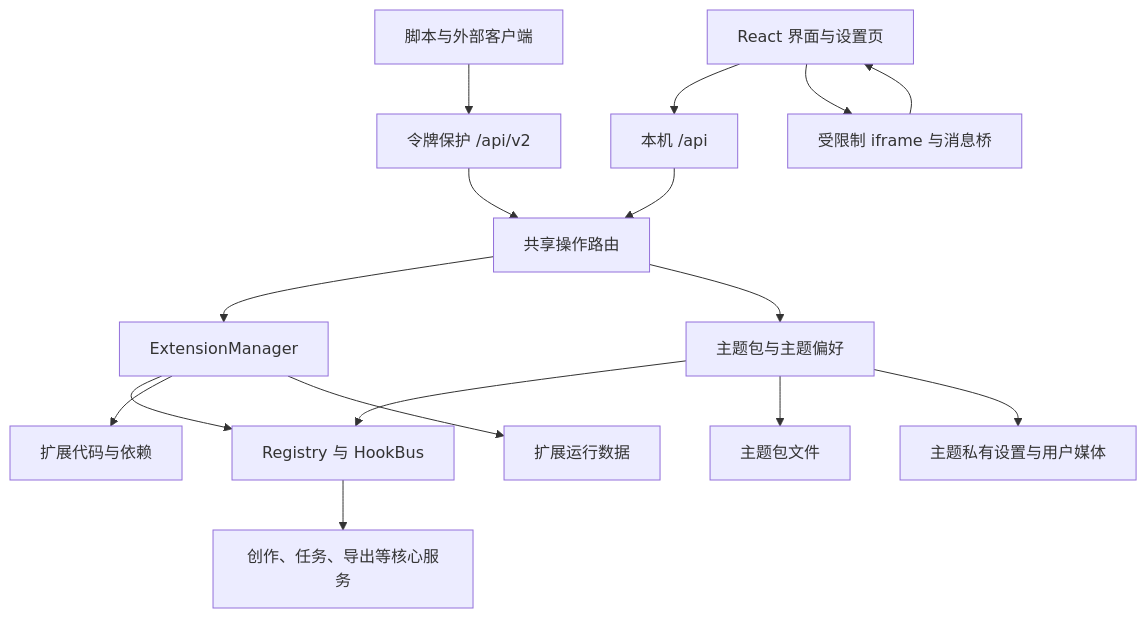
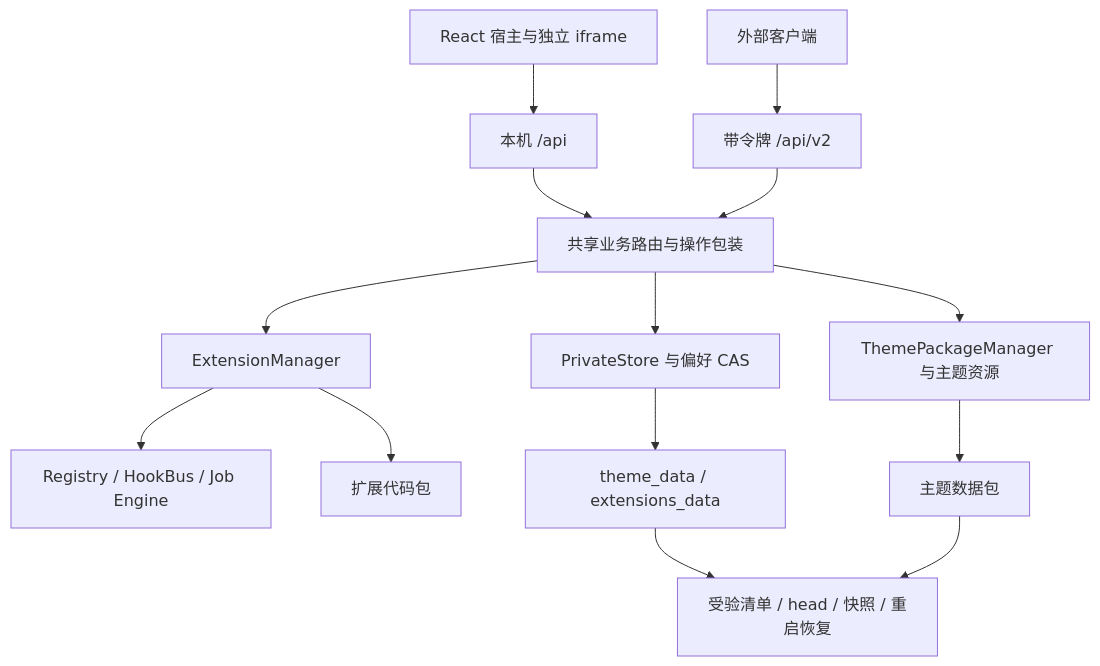
Before and after one commit to lumingya/comfy-comic-studio: the diagram in 架构详解.md, drawn with Mermaid. The commit also changed other lines of this file and 7 other files, not shown here.

Commit message:
docs: refresh platform architecture and remove superseded notes

````diff
--- a/架构详解.md
+++ b/架构详解.md
@@ -216,18 +67,16 @@
 ```mermaid
 flowchart TD
-  UI[React 界面与设置页] --> Local[本机 /api]
-  Client[脚本与外部客户端] --> V2[令牌保护 /api/v2]
-  Local --> Operations[共享操作路由]
-  V2 --> Operations
-  Operations --> EM[ExtensionManager]
-  Operations --> TM[主题包与主题偏好]
-  EM --> Registry[Registry 与 HookBus]
-  TM --> Registry
-  Registry --> Core[创作、任务、导出等核心服务]
-  EM --> Code[扩展代码与依赖]
-  EM --> ExtData[扩展运行数据]
-  TM --> Packages[主题包文件]
-  TM --> UserThemeData[主题私有设置与用户媒体]
-  UI --> Frame[受限制 iframe 与消息桥]
-  Frame --> UI
+  UI[React 宿主与独立 iframe] --> Local[本机 /api]
+  Client[外部客户端] --> V2[带令牌 /api/v2]
+  Local --> Routes[共享业务路由与操作包装]
+  V2 --> Routes
+  Routes --> EM[ExtensionManager]
+  Routes --> TM[ThemePackageManager 与主题资源]
+  Routes --> PS[PrivateStore 与偏好 CAS]
+  EM --> Registry[Registry / HookBus / Job Engine]
+  EM --> ExtCode[扩展代码包]
+  TM --> ThemeCode[主题数据包]
+  PS --> UserData[theme_data / extensions_data]
+  UserData --> Backup[受验清单 / head / 快照 / 重启恢复]
+  ThemeCode --> Backup
 ```
````
